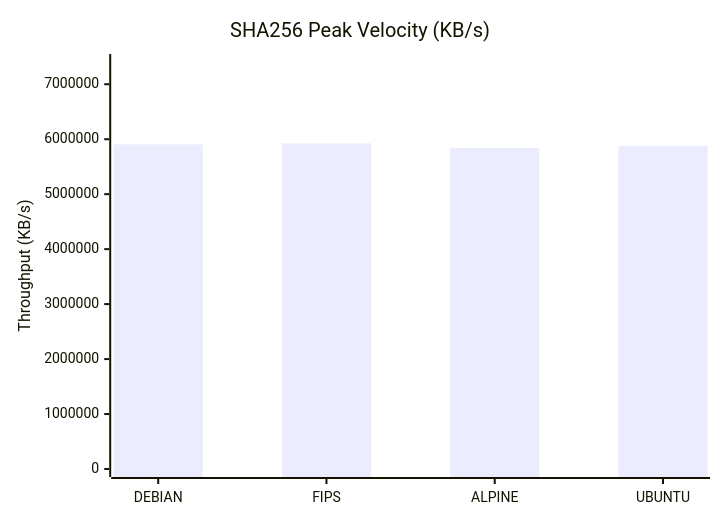
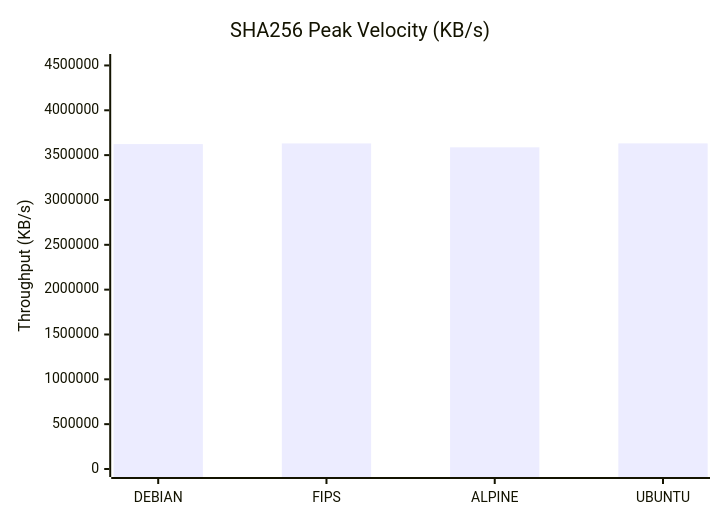
One commit to taha2samy/openssl_fips changed the second of 9 diagrams in docs/Comparison_Report.md. Above: the diagram before and after it, drawn with Mermaid. The commit also changed other lines of this file and 2 other files, not shown here.

````diff
--- a/docs/Comparison_Report.md
+++ b/docs/Comparison_Report.md
@@ -65,7 +65,7 @@
 ```mermaid
 xychart-beta
     title "SHA256 Peak Velocity (KB/s)"
     x-axis [DEBIAN, FIPS, ALPINE, UBUNTU]
-    y-axis "Throughput (KB/s)" 0 --> 7404851
-    bar [5907423.23, 5923880.96, 5842378.75, 5881004.03]
+    y-axis "Throughput (KB/s)" 0 --> 4538470
+    bar [3623231.49, 3630497.79, 3586924.54, 3630776.32]
 ```
````
